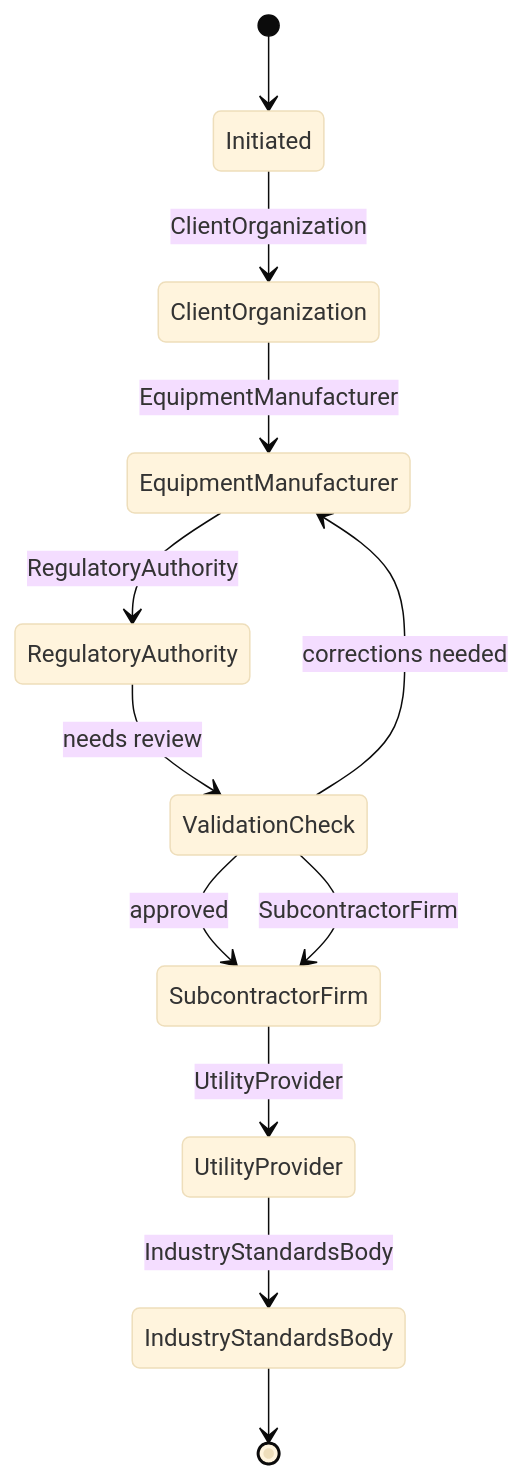
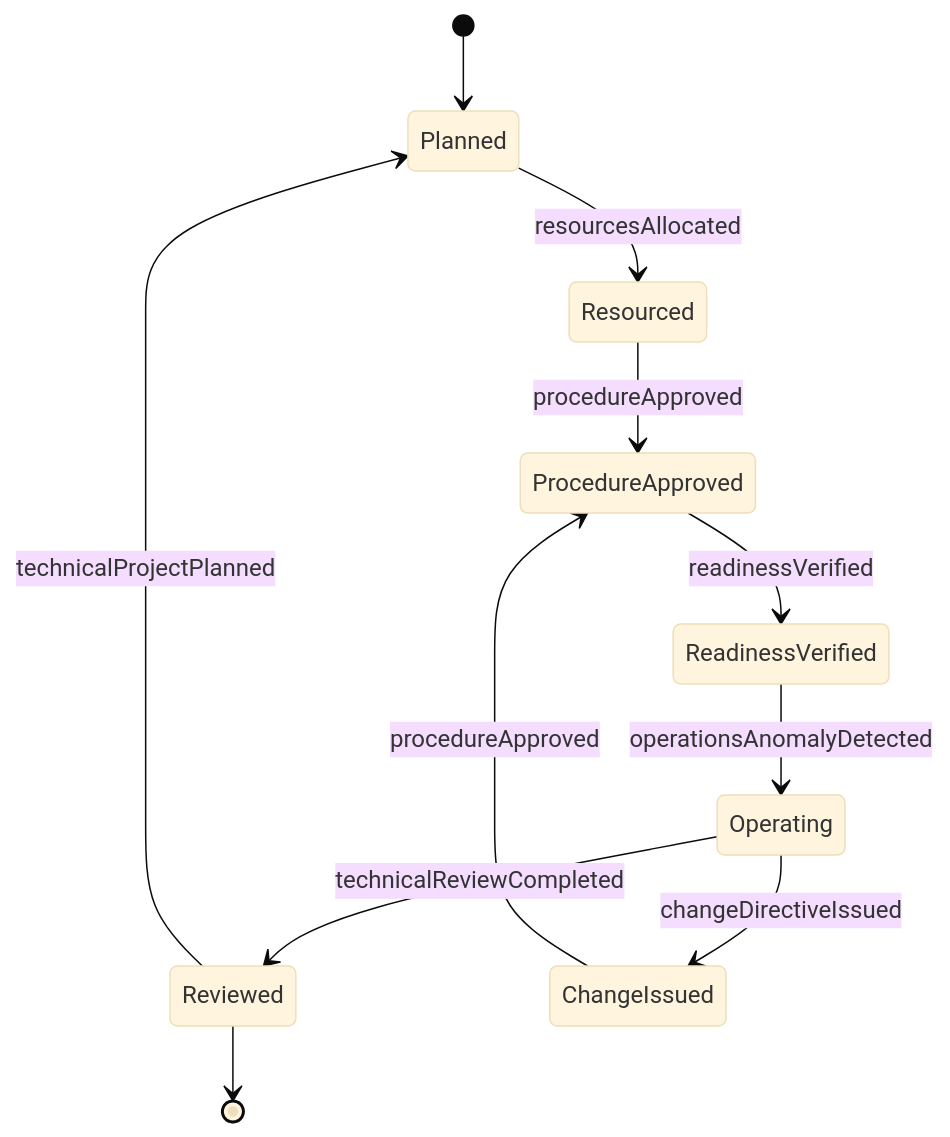
One commit to dot-org-ai/tasks.org.ai changed the second of 4 diagrams in GuidingDirectingAndMotivatingSubordinates/DirectScientificOrTechnicalActivities/DirectTechnicalActivitiesOperations.mdx. Above: the diagram before and after it, drawn with Mermaid (base theme). The commit also changed other lines of this file and 515 other files, not shown here.

````diff
--- a/GuidingDirectingAndMotivatingSubordinates/DirectScientificOrTechnicalActivities/DirectTechnicalActivitiesOperations.mdx
+++ b/GuidingDirectingAndMotivatingSubordinates/DirectScientificOrTechnicalActivities/DirectTechnicalActivitiesOperations.mdx
@@ -100,14 +100,13 @@
 ```mermaid
 stateDiagram-v2
-    [*] --> Initiated
-    Initiated --> ClientOrganization: ClientOrganization
-    ClientOrganization --> EquipmentManufacturer: EquipmentManufacturer
-    EquipmentManufacturer --> RegulatoryAuthority: RegulatoryAuthority
-    RegulatoryAuthority --> ValidationCheck: needs review
-    ValidationCheck --> EquipmentManufacturer: corrections needed
-    ValidationCheck --> SubcontractorFirm: approved
-    ValidationCheck --> SubcontractorFirm: SubcontractorFirm
-    SubcontractorFirm --> UtilityProvider: UtilityProvider
-    UtilityProvider --> IndustryStandardsBody: IndustryStandardsBody
-    IndustryStandardsBody --> [*]
+    [*] --> Planned
+    Planned --> Resourced : resourcesAllocated
+    Resourced --> ProcedureApproved : procedureApproved
+    ProcedureApproved --> ReadinessVerified : readinessVerified
+    ReadinessVerified --> Operating : operationsAnomalyDetected
+    Operating --> Reviewed : technicalReviewCompleted
+    Operating --> ChangeIssued : changeDirectiveIssued
+    ChangeIssued --> ProcedureApproved : procedureApproved
+    Reviewed --> Planned : technicalProjectPlanned
+    Reviewed --> [*]
 ```
````
